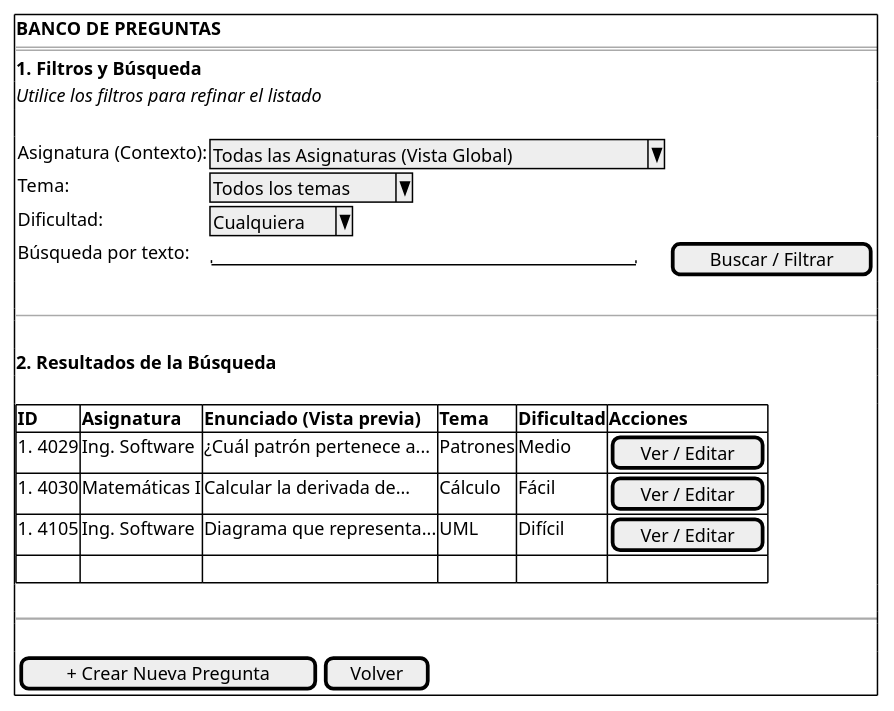
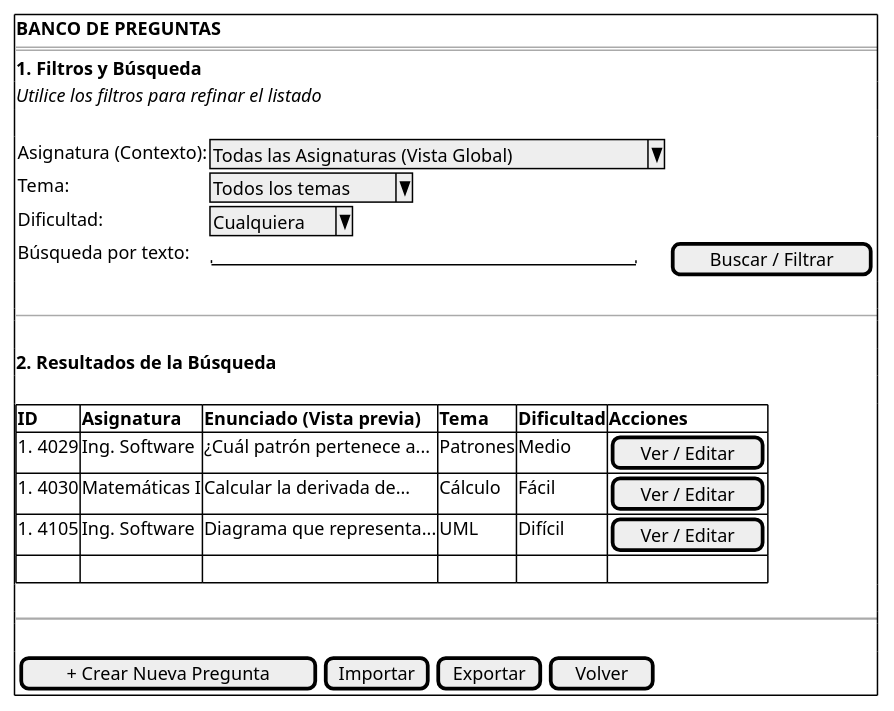
One commit to martinlopez7/25-26-IdSw1-SdR changed the diagram in documents/casos-de-uso/prototipadoCasosDeUso/verPreguntas/verPreguntas.puml. Above: the diagram before and after it, drawn with PlantUML. The commit also changed 1 other file, not shown here.

Commit message:
fix(cu): Añadir botones importar y exportar en el caso de uso de verPreguntas [refs #98]

```diff
--- a/documents/casos-de-uso/prototipadoCasosDeUso/verPreguntas/verPreguntas.puml
+++ b/documents/casos-de-uso/prototipadoCasosDeUso/verPreguntas/verPreguntas.puml
@@ -1,31 +1,31 @@
 @startsalt verPreguntas_WIREFRAME
 {+
     <b>BANCO DE PREGUNTAS</b>
     ===
     <b>1. Filtros y Búsqueda</b>
     <i>Utilice los filtros para refinar el listado</i>
     .
     {
         Asignatura (Contexto): | ^Todas las Asignaturas (Vista Global)^
         Tema:                  | ^Todos los temas^
         Dificultad:            | ^Cualquiera^
         Búsqueda por texto:    | "                                   " | [Buscar / Filtrar]
     }
     .
     --
     .
     <b>2. Resultados de la Búsqueda</b>
     .
     {#
         <b>ID</b> | <b>Asignatura</b> | <b>Enunciado (Vista previa)</b> | <b>Tema</b> | <b>Dificultad</b> | <b>Acciones</b>
         #4029 | Ing. Software | ¿Cuál patrón pertenece a... | Patrones | Medio | [Ver / Editar]
         #4030 | Matemáticas I | Calcular la derivada de... | Cálculo | Fácil | [Ver / Editar]
         #4105 | Ing. Software | Diagrama que representa... | UML | Difícil | [Ver / Editar]
         . | . | . | . | . | .
     }
     .
     ~~
     .
-    { [ + Crear Nueva Pregunta ] | [ Volver ] }
+    { [ + Crear Nueva Pregunta ] | [Importar] | [Exportar] | | [ Volver ] }
 }
 @endsalt
```
